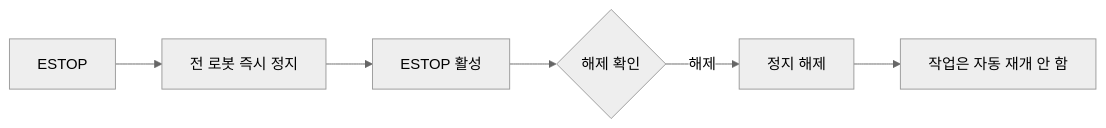
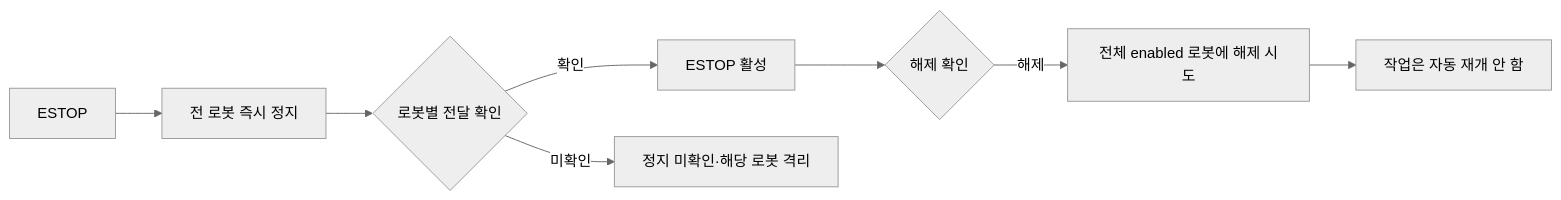
Before and after one commit to eduwing-robotics/ros2-ai-amr-repo3: the first of 7 diagrams in main_server/docs/OPERATOR_BUTTON_GUIDE.md, drawn with Mermaid (neutral theme). The commit also changed other lines of this file and 60 other files, not shown here.

````diff
--- a/main_server/docs/OPERATOR_BUTTON_GUIDE.md
+++ b/main_server/docs/OPERATOR_BUTTON_GUIDE.md
@@ -25,8 +29,10 @@
 ```mermaid
 flowchart LR
   A[ESTOP] --> B[전 로봇 즉시 정지]
-  B --> C[ESTOP 활성]
-  C --> D{해제 확인}
-  D -->|해제| E[정지 해제]
-  E --> F[작업은 자동 재개 안 함]
+  B --> C{로봇별 전달 확인}
+  C -->|확인| D[ESTOP 활성]
+  C -->|미확인| U[정지 미확인·해당 로봇 격리]
+  D --> E{해제 확인}
+  E -->|해제| F[전체 enabled 로봇에 해제 시도]
+  F --> G[작업은 자동 재개 안 함]
 ```
````
